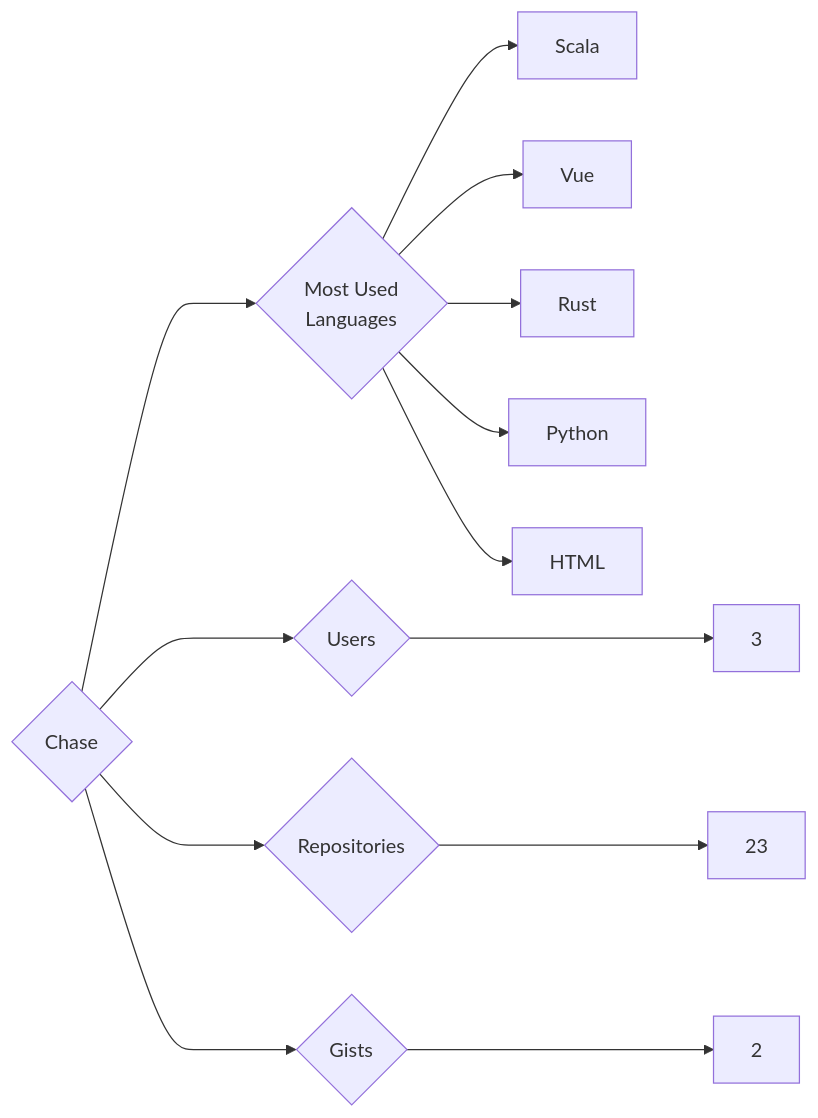
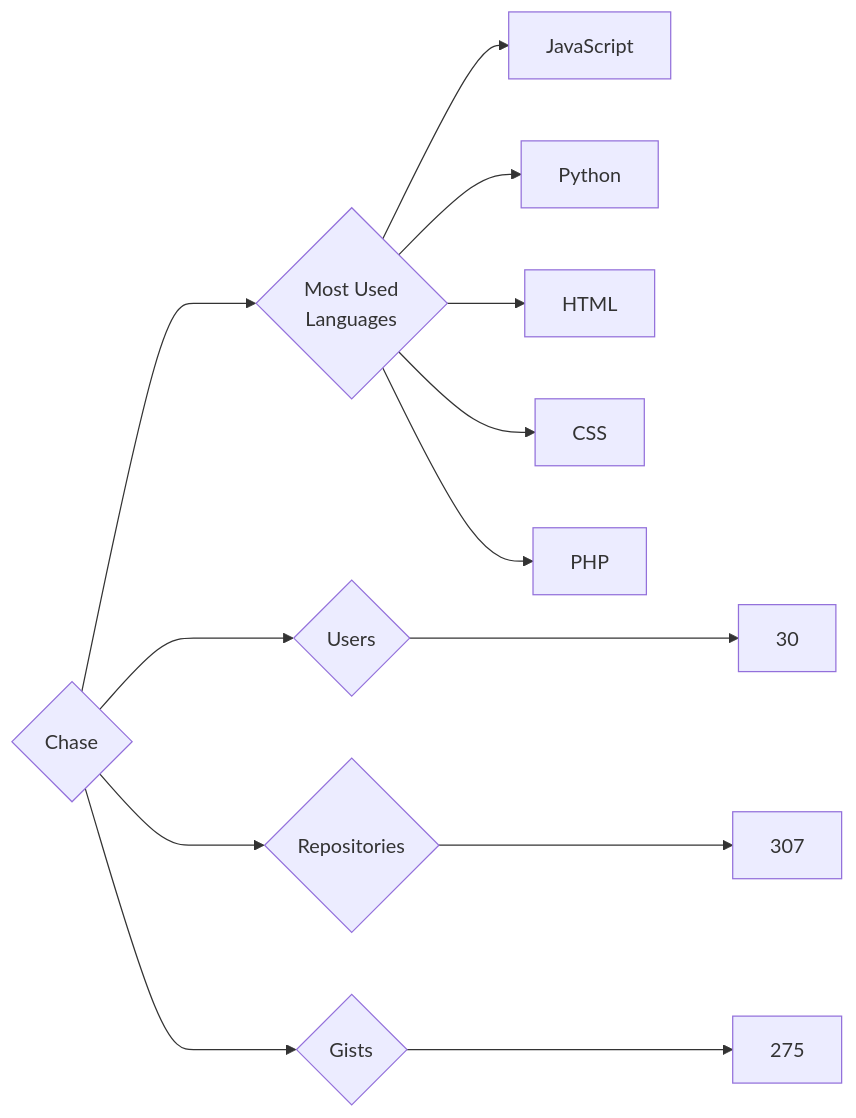
One commit to trickest/insiders changed the diagram in targets/Chase/README.md. Above: the diagram before and after it, drawn with Mermaid. The commit also changed 777 other files, not shown here.

````diff
--- a/targets/Chase/README.md
+++ b/targets/Chase/README.md
@@ -3,13 +3,13 @@
 ```mermaid
 graph LR
 COMPANY_NAME{Chase}
-COMPANY_NAME ---> U{Users} ---> UN[3]
-COMPANY_NAME ---> R{Repositories} ---> RN[23]
-COMPANY_NAME ---> G{Gists} ---> GN[2]
+COMPANY_NAME ---> U{Users} ---> UN[30]
+COMPANY_NAME ---> R{Repositories} ---> RN[307]
+COMPANY_NAME ---> G{Gists} ---> GN[275]
 COMPANY_NAME ---> ML{Most Used<br>Languages}
-ML --> Scala[Scala]
-ML --> Vue[Vue]
-ML --> Rust[Rust]
+ML --> JavaScript[JavaScript]
 ML --> Python[Python]
 ML --> HTML[HTML]
+ML --> CSS[CSS]
+ML --> PHP[PHP]
 ```
````
